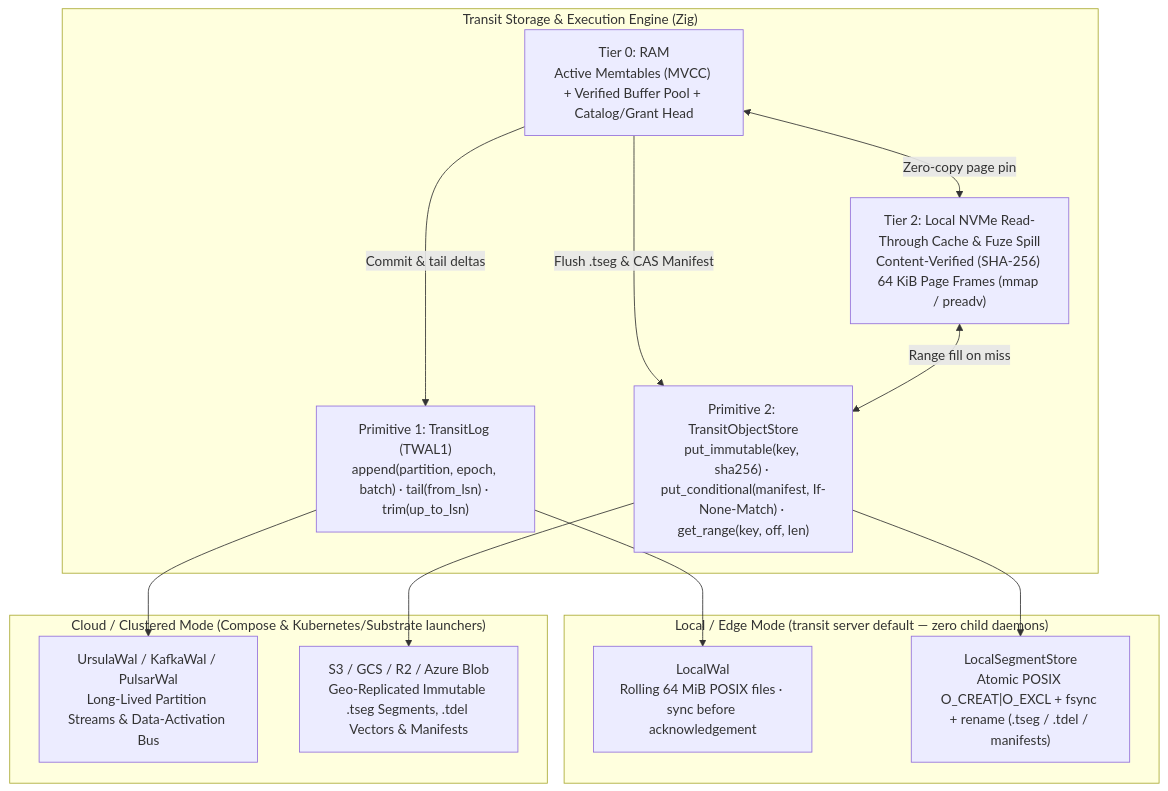
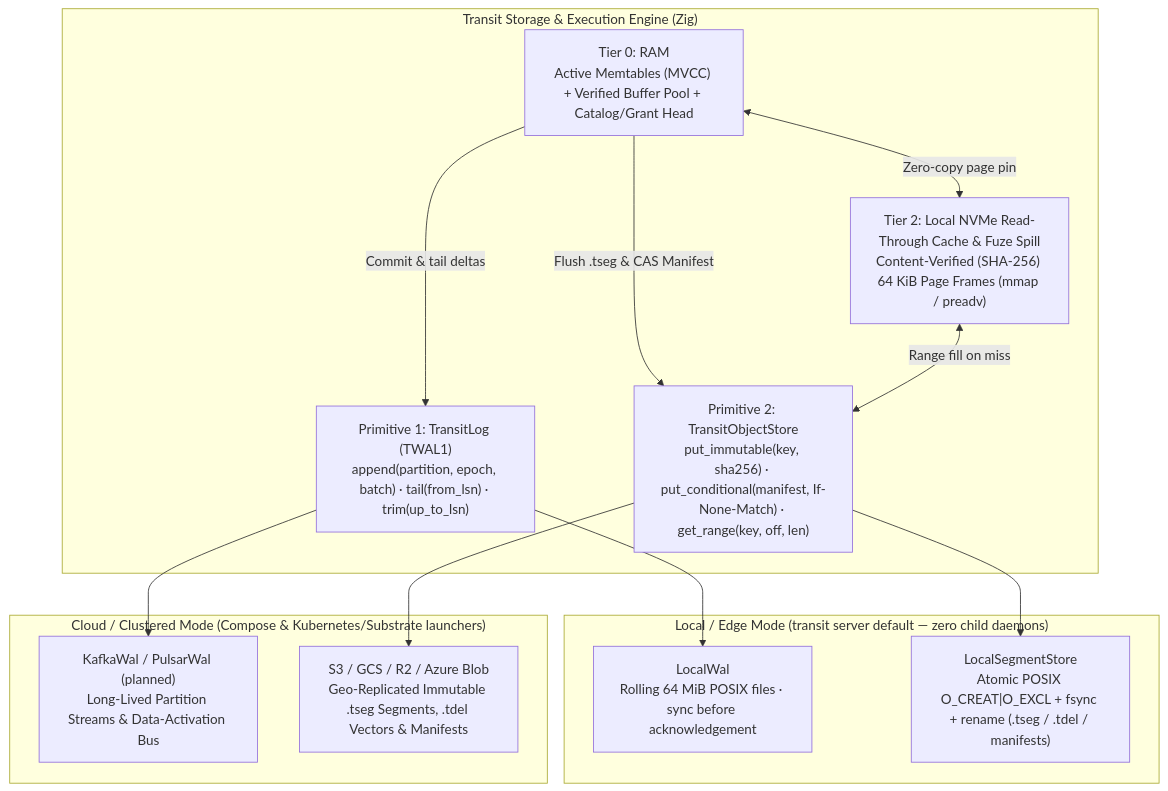
Before and after one commit to spoke-sh/transit: the first of 2 diagrams in docs/handbook/internals/storage-runtime.md, drawn with Mermaid. The commit also changed other lines of this file and 395 other files, not shown here.

````diff
--- a/docs/handbook/internals/storage-runtime.md
+++ b/docs/handbook/internals/storage-runtime.md
@@ -813,28 +793,28 @@
 ```mermaid
 flowchart TB
   subgraph Engine["Transit Storage & Execution Engine (Zig)"]
     T0["Tier 0: RAM\nActive Memtables (MVCC) + Verified Buffer Pool + Catalog/Grant Head"]
     LogAPI["Primitive 1: TransitLog (TWAL1)\nappend(partition, epoch, batch) · tail(from_lsn) · trim(up_to_lsn)"]
     ObjAPI["Primitive 2: TransitObjectStore\nput_immutable(key, sha256) · put_conditional(manifest, If-None-Match) · get_range(key, off, len)"]
     NVMe["Tier 2: Local NVMe Read-Through Cache & Fuze Spill\nContent-Verified (SHA-256) 64 KiB Page Frames (mmap / preadv)"]
   end
 
   subgraph LocalBackends["Local / Edge Mode (transit server default — zero child daemons)"]
     LocalWal["LocalWal\nRolling 64 MiB POSIX files · sync before acknowledgement"]
     LocalSeg["LocalSegmentStore\nAtomic POSIX O_CREAT|O_EXCL + fsync + rename (.tseg / .tdel / manifests)"]
   end
 
   subgraph CloudBackends["Cloud / Clustered Mode (Compose & Kubernetes/Substrate launchers)"]
-    DistWal["UrsulaWal / KafkaWal / PulsarWal\nLong-Lived Partition Streams & Data-Activation Bus"]
+    DistWal["KafkaWal / PulsarWal (planned)\nLong-Lived Partition Streams & Data-Activation Bus"]
     CloudObj["S3 / GCS / R2 / Azure Blob\nGeo-Replicated Immutable .tseg Segments, .tdel Vectors & Manifests"]
   end
 
   T0 -->|"Commit & tail deltas"| LogAPI
   T0 -->|"Flush .tseg & CAS Manifest"| ObjAPI
   T0 <-->|"Zero-copy page pin"| NVMe
   NVMe <-->|"Range fill on miss"| ObjAPI
   LogAPI --> LocalWal
   LogAPI --> DistWal
   ObjAPI --> LocalSeg
   ObjAPI --> CloudObj
 ```
````
